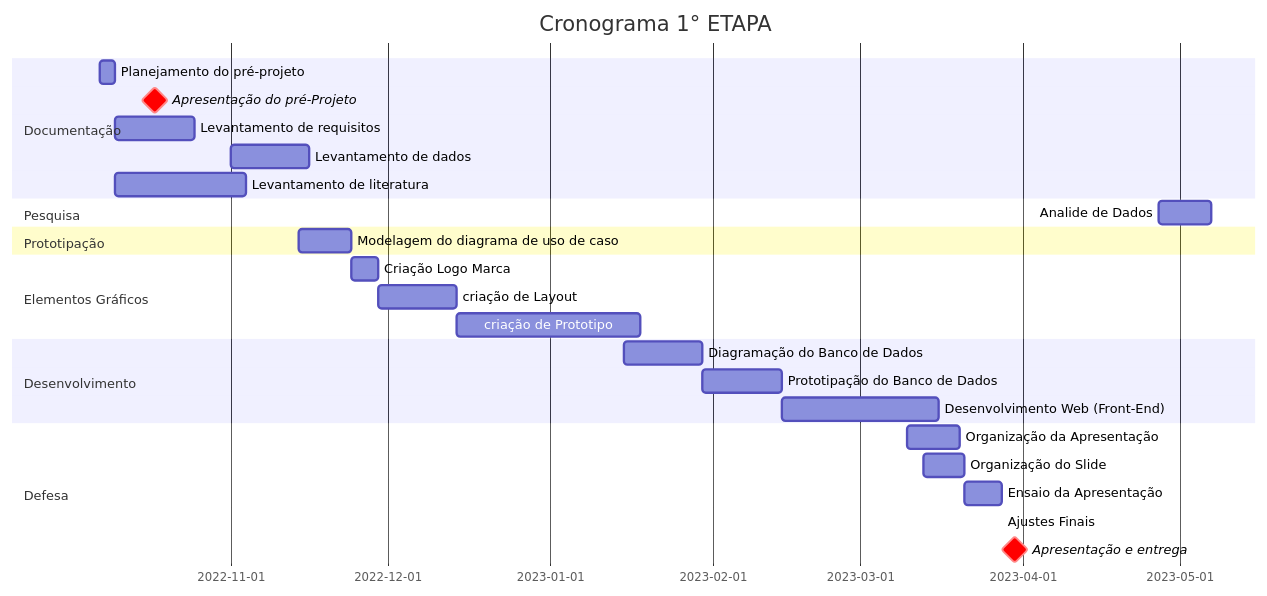
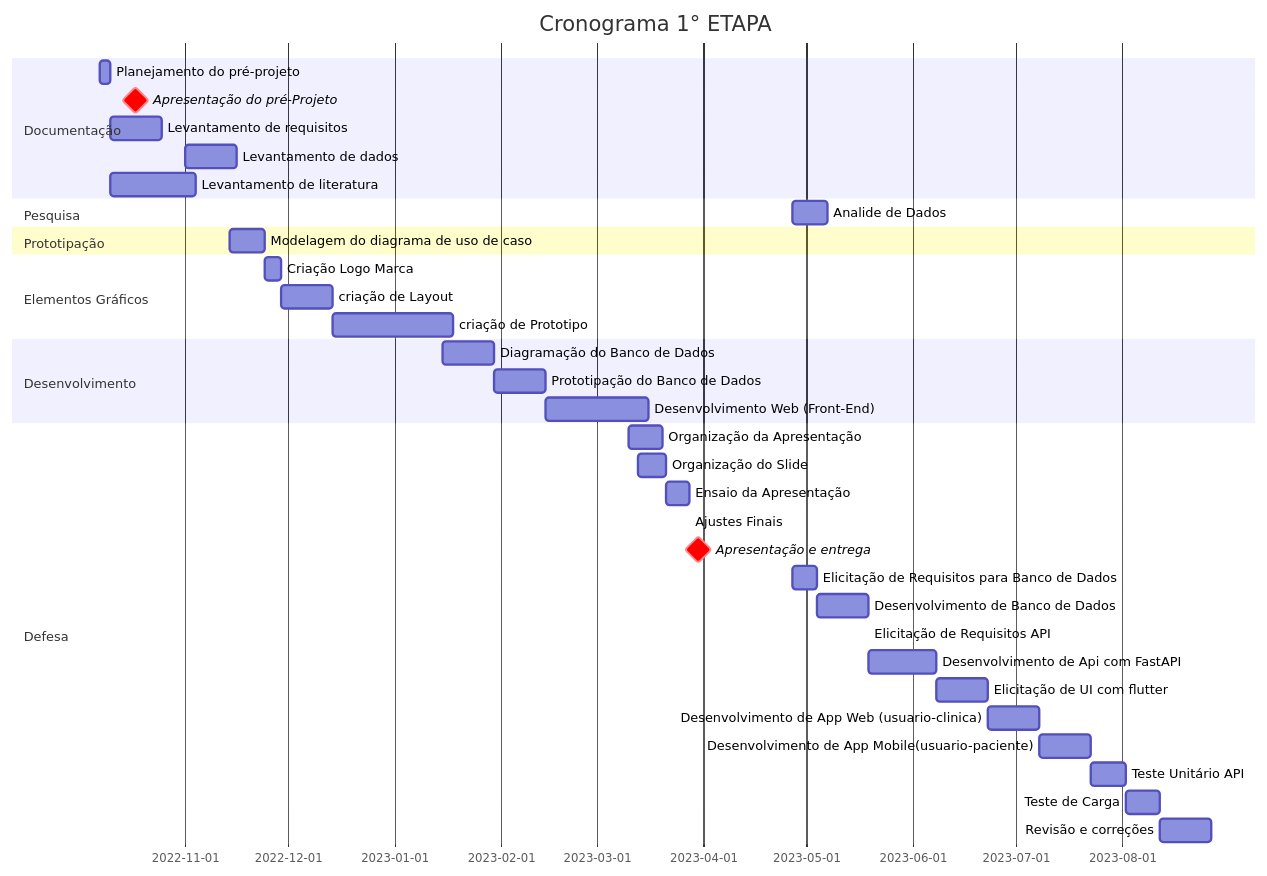
One commit to GstavRocha/DiaaDia changed the diagram in Documentation/Documentation_dataBase/documentação.md. Above: the diagram before and after it, drawn with Mermaid. The commit also changed other lines of this file and 1 other file, not shown here.

Commit message:
organização de cronograma

````diff
--- a/Documentation/Documentation_dataBase/documentação.md
+++ b/Documentation/Documentation_dataBase/documentação.md
@@ -2,31 +2,42 @@
 ``` mermaid
     gantt
     title Cronograma 1° ETAPA
     dateFormat  YYYY-MM-DD
     section Documentação
     Planejamento do pré-projeto :a1,2022-10-07, 3d
     Apresentação do  pré-Projeto      :crit,milestone, 2022-10-17, 1d
     Levantamento de requisitos  :a2, after a1, 15d
     Levantamento de dados       :a3,2022-11-01, 15d
     Levantamento de literatura  :a3, after a1, 25d
     section Pesquisa
     Analide de Dados            :b3, after b2, 10d
     section Prototipação
     Modelagem do diagrama de uso de caso: c1, 2022-11-14,10d
     section Elementos Gráficos
     Criação Logo Marca          :c2, after c1, 5d
     criação de Layout           :c3, after c2, 15d
     criação de Prototipo        :c4, after c3, 35d
     section Desenvolvimento 
     Diagramação do Banco de Dados :d1, 2023-01-15, 15d
     Prototipação do Banco de Dados :d2, after d1, 15d
     Desenvolvimento Web (Front-End) :d3, after d2, 30d
     section Defesa
     Organização da Apresentação :e1,2023-03-10, 10d
     Organização do Slide :e1,2023-03-13,8d
     Ensaio da Apresentação :e2,after e1, 7d
     Ajustes Finais : e3,after e2, 23
   
     Apresentação e entrega  :crit,milestone,2023-03-30, 1d
+    Elicitação de Requisitos para Banco de Dados: f5, after d11, 7d
+    Desenvolvimento de Banco de Dados: g5,after f5, 15d
+    Elicitação de Requisitos API: h6, after g5, 7 d
+    Desenvolvimento de Api com FastAPI: j7, after h6, 20d
+    Elicitação de UI com flutter: l10, after j7, 15d
+    Desenvolvimento de App Web (usuario-clinica): m7,after l10, 15d
+    Desenvolvimento de App Mobile(usuario-paciente): m8, after m7, 15d 
+    Teste Unitário API: n10, after m8, 10d
+    Teste de Carga: n11, after n10, 10d
+    Revisão e correções: p5, after n11, 15d
+    
 
 ```
````
